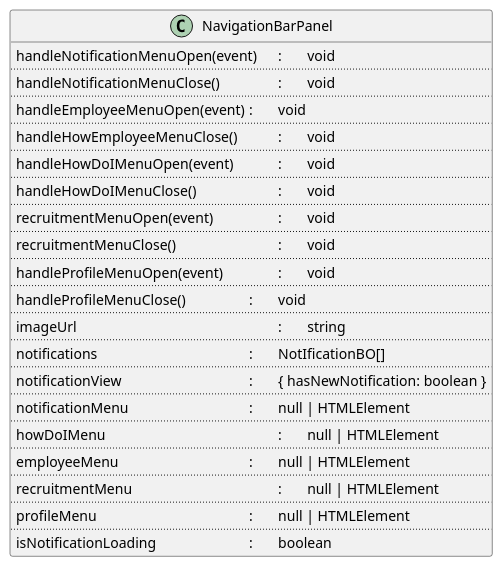
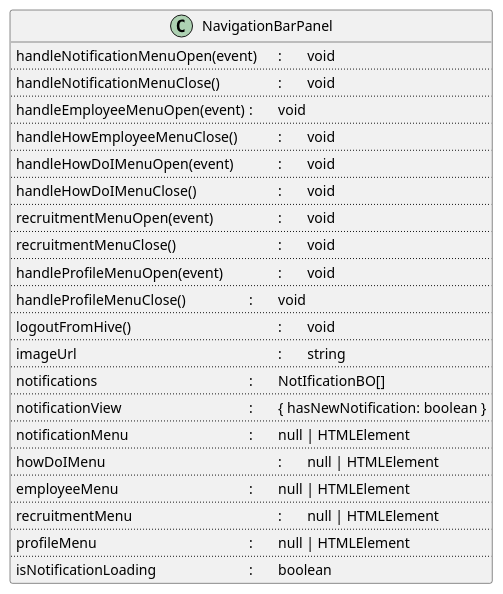
One commit to avasoft-mobility/workday-design changed the diagram in frontend/components/navigation_bar_panel/navigation_bar_panel.class.puml. Above: the diagram before and after it, drawn with PlantUML. The commit also changed 3 other files, not shown here.

```diff
--- a/frontend/components/navigation_bar_panel/navigation_bar_panel.class.puml
+++ b/frontend/components/navigation_bar_panel/navigation_bar_panel.class.puml
@@ -1,43 +1,45 @@
 @startuml NavigationBarPanel Class Diagram
 
 class NavigationBarPanel {
     handleNotificationMenuOpen(event) \t:\tvoid
     ..
     handleNotificationMenuClose()  \t\t:\tvoid
     ..
     handleEmployeeMenuOpen(event) \t:\tvoid
     ..
     handleHowEmployeeMenuClose() \t\t:\tvoid
     ..
     handleHowDoIMenuOpen(event) \t\t:\tvoid
     ..
     handleHowDoIMenuClose() \t\t\t:\tvoid
     ..
     recruitmentMenuOpen(event) \t\t\t:\tvoid
     ..
     recruitmentMenuClose() \t\t\t\t:\tvoid
     ..
     handleProfileMenuOpen(event) \t\t:\tvoid
     ..
     handleProfileMenuClose() \t\t\t:\tvoid
     ..
+    logoutFromHive() \t\t\t\t\t:\tvoid
+    ..
     imageUrl \t\t\t\t\t\t\t:\tstring
     ..
     notifications \t\t\t\t\t\t:\tNotIficationBO[]
     ..
     notificationView \t\t\t\t\t:\t{ hasNewNotification: boolean }
     ..
     notificationMenu \t\t\t\t\t:\tnull | HTMLElement
     ..
     howDoIMenu \t\t\t\t\t\t:\tnull | HTMLElement
     ..
     employeeMenu \t\t\t\t\t:\tnull | HTMLElement
     ..
     recruitmentMenu \t\t\t\t\t:\tnull | HTMLElement
     ..
     profileMenu \t\t\t\t\t\t:\tnull | HTMLElement
     ..
     isNotificationLoading \t\t\t\t:\tboolean
 }
 
 @enduml
```
